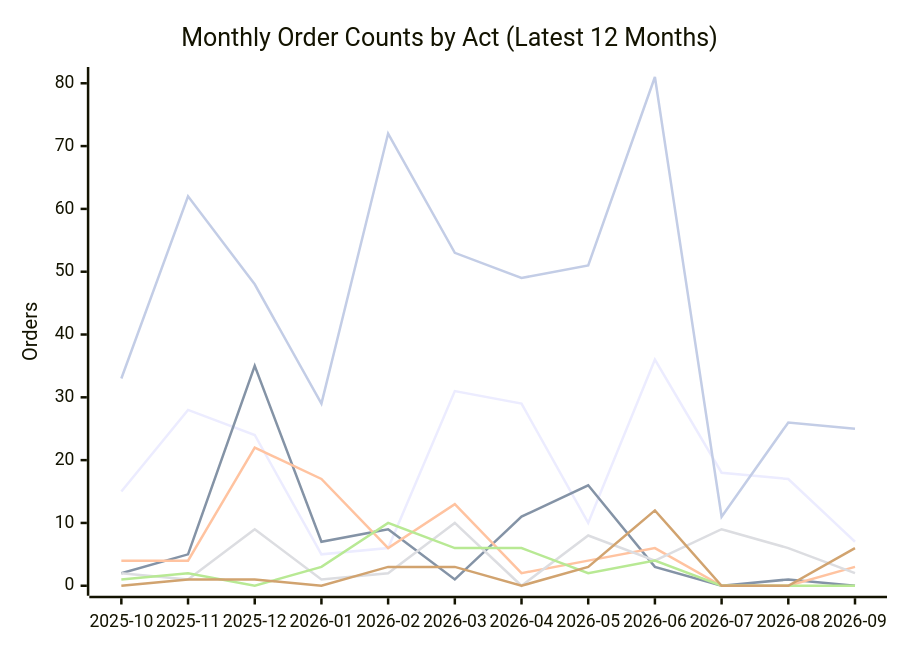
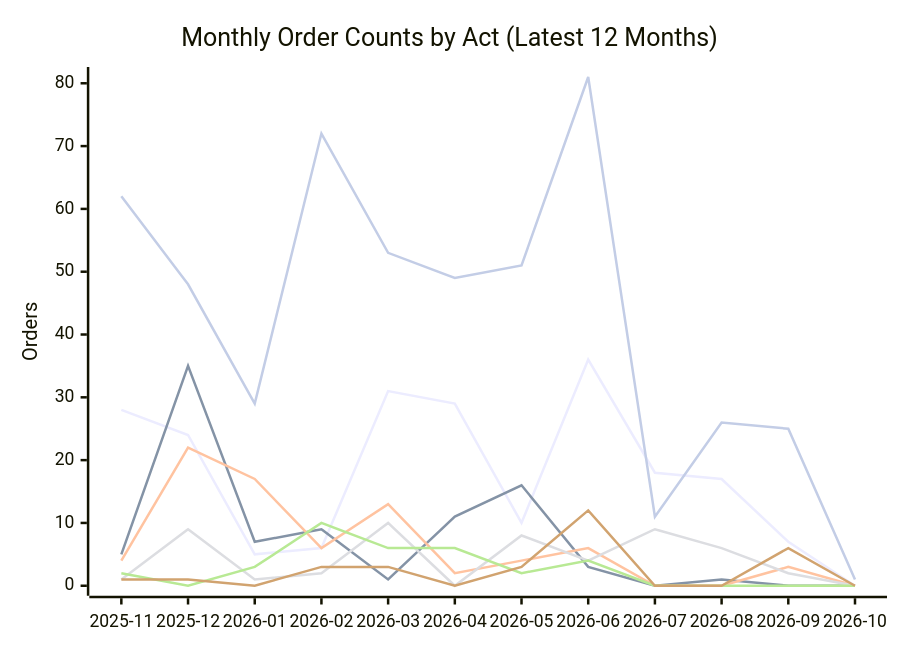
Before and after one commit to PatLittle/oic-data: the second of 2 diagrams in README.md, drawn with Mermaid. The commit also changed other lines of this file and 3 other files, not shown here.

````diff
--- a/README.md
+++ b/README.md
@@ -71,13 +71,13 @@
 ```mermaid
 xychart-beta
     title "Monthly Order Counts by Act (Latest 12 Months)"
-    x-axis ["2025-10", "2025-11", "2025-12", "2026-01", "2026-02", "2026-03", "2026-04", "2026-05", "2026-06", "2026-07", "2026-08", "2026-09"]
+    x-axis ["2025-11", "2025-12", "2026-01", "2026-02", "2026-03", "2026-04", "2026-05", "2026-06", "2026-07", "2026-08", "2026-09", "2026-10"]
     y-axis "Orders" 0 --> 81
-    line [15, 28, 24, 5, 6, 31, 29, 10, 36, 18, 17, 7]
-    line [2, 5, 35, 7, 9, 1, 11, 16, 3, 0, 1, 0]
-    line [4, 4, 22, 17, 6, 13, 2, 4, 6, 0, 0, 3]
-    line [2, 1, 9, 1, 2, 10, 0, 8, 4, 9, 6, 2]
-    line [1, 2, 0, 3, 10, 6, 6, 2, 4, 0, 0, 0]
-    line [0, 1, 1, 0, 3, 3, 0, 3, 12, 0, 0, 6]
-    line [33, 62, 48, 29, 72, 53, 49, 51, 81, 11, 26, 25]
+    line [28, 24, 5, 6, 31, 29, 10, 36, 18, 17, 7, 0]
+    line [5, 35, 7, 9, 1, 11, 16, 3, 0, 1, 0, 0]
+    line [4, 22, 17, 6, 13, 2, 4, 6, 0, 0, 3, 0]
+    line [1, 9, 1, 2, 10, 0, 8, 4, 9, 6, 2, 0]
+    line [2, 0, 3, 10, 6, 6, 2, 4, 0, 0, 0, 0]
+    line [1, 1, 0, 3, 3, 0, 3, 12, 0, 0, 6, 0]
+    line [62, 48, 29, 72, 53, 49, 51, 81, 11, 26, 25, 1]
 ```
````
